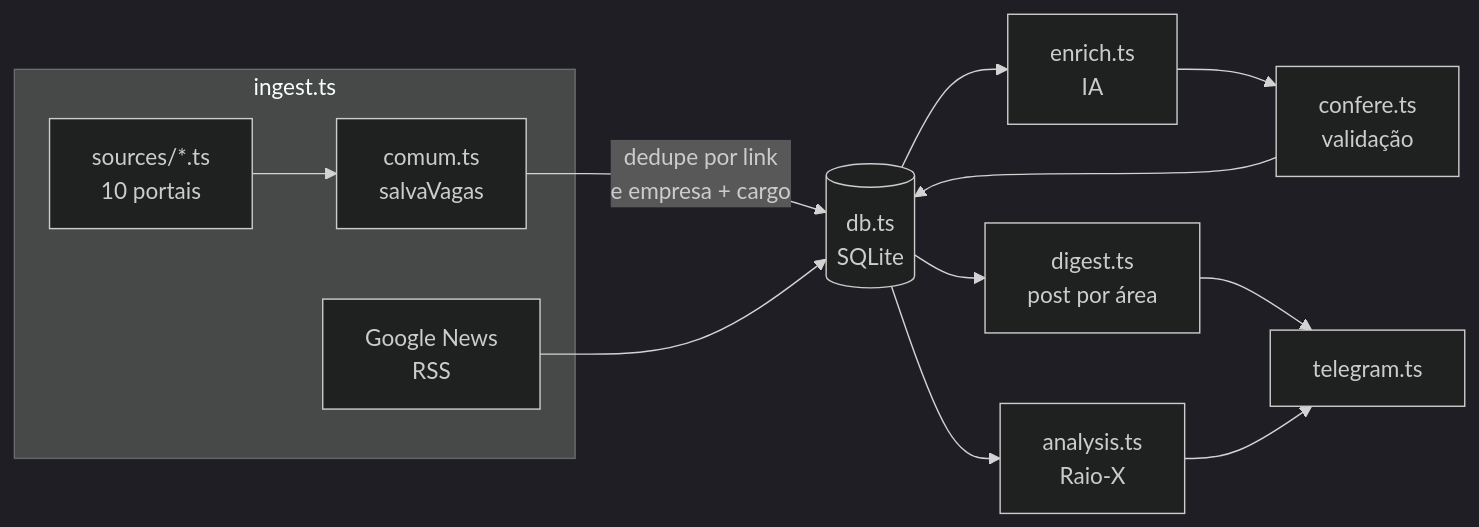
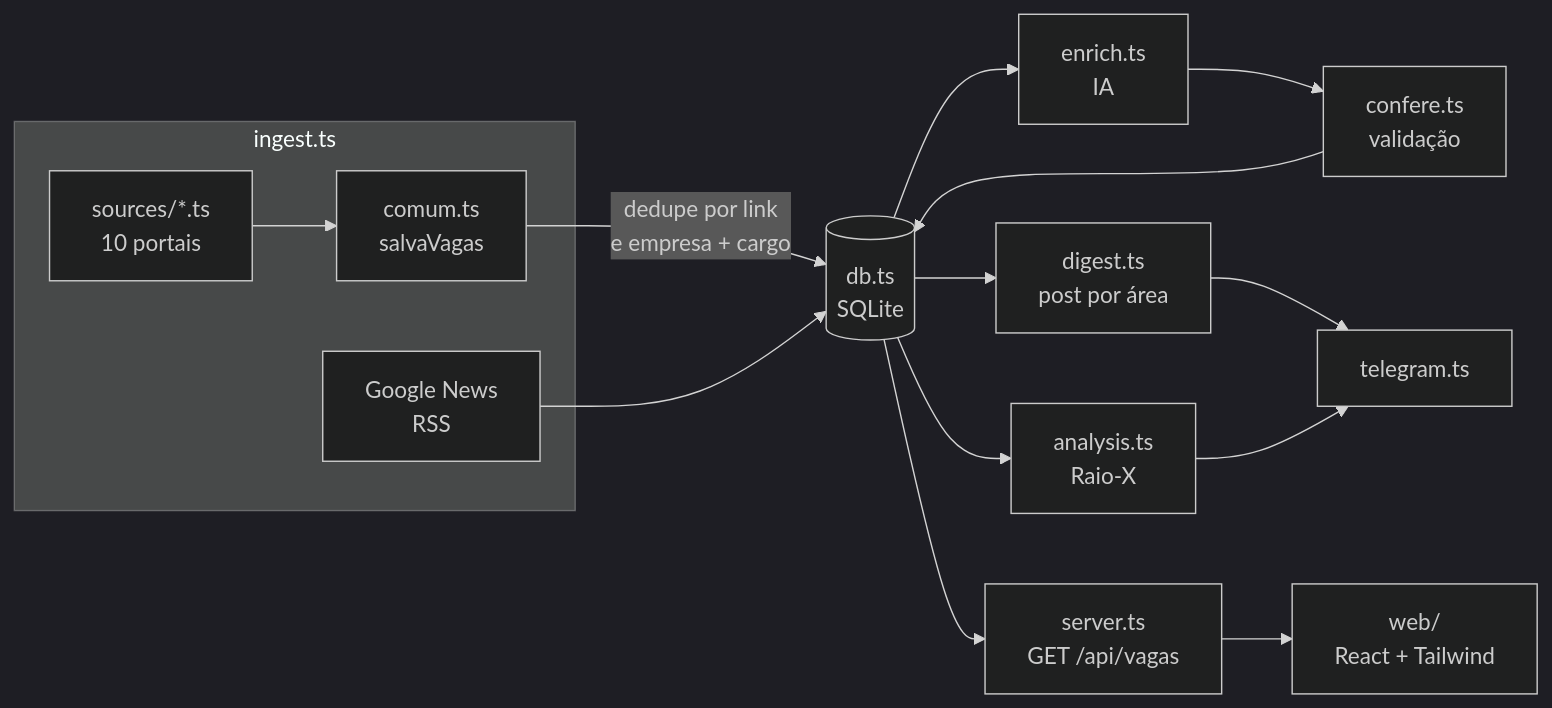
One commit to juninmd/vagas-franca changed the diagram in README.md. Above: the diagram before and after it, drawn with Mermaid (dark theme). The commit also changed other lines of this file and 35 other files, not shown here.

First line of the commit message:
feat(web): interface web em React + TypeScript + Tailwind para ver todas as vagas (#8)

````diff
--- a/README.md
+++ b/README.md
@@ -93,14 +131,15 @@
 ```mermaid
 flowchart LR
   subgraph coleta["ingest.ts"]
     F["sources/*.ts<br/>10 portais"] --> C["comum.ts<br/>salvaVagas"]
     N["Google News<br/>RSS"]
   end
   C -->|"dedupe por link<br/>e empresa + cargo"| D[("db.ts<br/>SQLite")]
   N --> D
   D --> E["enrich.ts<br/>IA"] --> V["confere.ts<br/>validação"] --> D
   D --> G["digest.ts<br/>post por área"]
   D --> A["analysis.ts<br/>Raio-X"]
   G --> T["telegram.ts"]
   A --> T
+  D --> S["server.ts<br/>GET /api/vagas"] --> W["web/<br/>React + Tailwind"]
 ```
````
